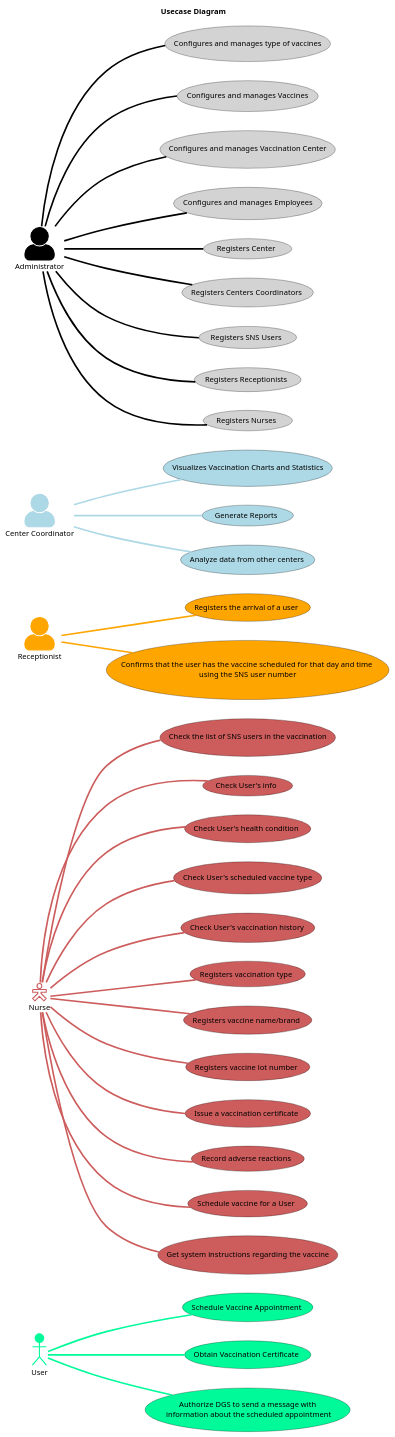
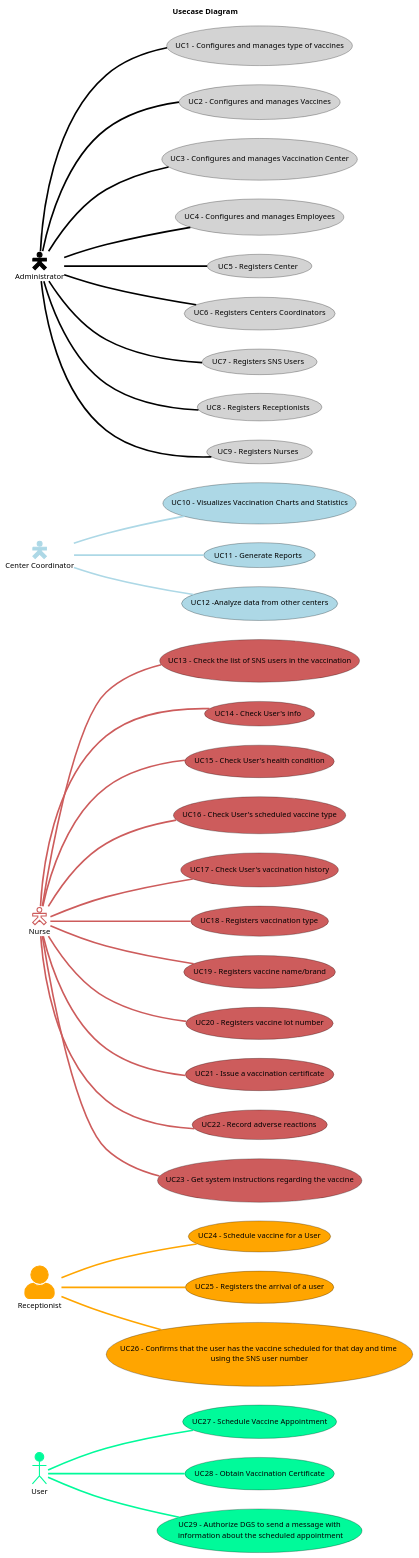
The diagram in docs/SprintA/UCD.puml (Pirussa/lei-22-s2-1da-g02), drawn with PlantUML before and after one commit. The commit also changed 1 other file, not shown here.

```diff
--- a/docs/SprintA/UCD.puml
+++ b/docs/SprintA/UCD.puml
@@ -1,106 +1,106 @@
 @startuml
 'https://plantuml.com/use-case-diagram
 '!pragma layout smetana
 
 left to right direction
 title Usecase Diagram
 skinparam titleBorderRoundCorner 20
 skinparam titleBorderThickness 2
 skinparam arrowThickness 3
 
 '**********User*************
-Usecase UC27 as "Schedule Vaccine Appointment" #mediumSpringGreen;line:black
-Usecase UC28 as "Obtain Vaccination Certificate" #mediumSpringGreen;line:black
-Usecase UC29 as "Authorize DGS to send a message with\n information about the scheduled appointment" #mediumSpringGreen;line:black
+Usecase UC27 as "UC27 - Schedule Vaccine Appointment" #mediumSpringGreen;line:black
+Usecase UC28 as "UC28 - Obtain Vaccination Certificate" #mediumSpringGreen;line:black
+Usecase UC29 as "UC29 - Authorize DGS to send a message with\n information about the scheduled appointment" #mediumSpringGreen;line:black
 
 :User: as U #mediumSpringGreen;line:mediumSpringGreen
 
 U -d- UC27 #mediumSpringGreen
 U -d- UC28 #mediumSpringGreen
 U -d- UC29 #mediumSpringGreen
 
 
+skinparam actorStyle awesome
+
+
+'**********Recepcionist*************
+Usecase UC24 as "UC24 - Schedule vaccine for a User" #orange;line:black
+Usecase UC25 as "UC25 - Registers the arrival of a user" #orange;line:black
+Usecase UC26 as "UC26 - Confirms that the user has the vaccine scheduled for that day and time \n using the SNS user number "  #orange;line:black
+
+:Receptionist: as R #orange;line:orange
+R -d- UC24 #orange;line:orange
+R -d- UC25  #orange;line:orange
+R -d- UC26  #orange;line:orange
 
 
 
 skinparam actorStyle Hollow
 '**********Nurse*************
-Usecase UC13 as "Check the list of SNS users in the vaccination"  #indianRed;line:black
-Usecase UC14 as "Check User's info" #indianRed;line:black
-Usecase UC15 as "Check User's health condition" #indianRed;line:black
-Usecase UC16 as "Check User's scheduled vaccine type" #indianRed;line:black
-Usecase UC17 as "Check User's vaccination history" #indianRed;line:black
-Usecase UC18 as "Registers vaccination type" #indianRed;line:black
-Usecase UC19 as "Registers vaccine name/brand" #indianRed;line:black
-Usecase UC20 as "Registers vaccine lot number" #indianRed;line:black
-Usecase UC21 as "Issue a vaccination certificate" #indianRed;line:black
-Usecase UC22 as "Record adverse reactions" #indianRed;line:black
-Usecase UC23 as "Schedule vaccine for a User" #indianRed;line:black
-Usecase UC24 as "Get system instructions regarding the vaccine" #indianRed;line:black
+Usecase UC13 as "UC13 - Check the list of SNS users in the vaccination"  #indianRed;line:black
+Usecase UC14 as "UC14 - Check User's info" #indianRed;line:black
+Usecase UC15 as "UC15 - Check User's health condition" #indianRed;line:black
+Usecase UC16 as "UC16 - Check User's scheduled vaccine type" #indianRed;line:black
+Usecase UC17 as "UC17 - Check User's vaccination history" #indianRed;line:black
+Usecase UC18 as "UC18 - Registers vaccination type" #indianRed;line:black
+Usecase UC19 as "UC19 - Registers vaccine name/brand" #indianRed;line:black
+Usecase UC20 as "UC20 - Registers vaccine lot number" #indianRed;line:black
+Usecase UC21 as "UC21 - Issue a vaccination certificate" #indianRed;line:black
+Usecase UC22 as "UC22 - Record adverse reactions" #indianRed;line:black
+Usecase UC23 as "UC23 - Get system instructions regarding the vaccine" #indianRed;line:black
 
 :Nurse: as N #white;line:indianRed
 N -d- UC13 #indianRed
 N -d- UC14 #indianRed
 N -d- UC15 #indianRed
 N -d- UC16 #indianRed
 N -d- UC17 #indianRed
 N -d- UC18 #indianRed
 N -d- UC19 #indianRed
 N -d- UC20 #indianRed
 N -d- UC21 #indianRed
 N -d- UC22 #indianRed
 N -d- UC23 #indianRed
-N -d- UC24 #indianRed
 
-skinparam actorStyle awesome
-
-
-'**********Recepcionist*************
-Usecase UC25 as "Registers the arrival of a user" #orange;line:black
-Usecase UC26 as "Confirms that the user has the vaccine scheduled for that day and time \n using the SNS user number "  #orange;line:black
-
-:Receptionist: as R #orange;line:orange
-R -d- UC25  #orange;line:orange
-R -d- UC26  #orange;line:orange
 
 
 '**********Center Coordinator*************
-Usecase UC10 as "Visualizes Vaccination Charts and Statistics" #lightblue;line:black
-Usecase UC11 as "Generate Reports" #lightblue;line:black
-Usecase UC12 as "Analyze data from other centers" #lightblue;line:black
+Usecase UC10 as "UC10 - Visualizes Vaccination Charts and Statistics" #lightblue;line:black
+Usecase UC11 as "UC11 - Generate Reports" #lightblue;line:black
+Usecase UC12 as "UC12 -Analyze data from other centers" #lightblue;line:black
 
 :Center Coordinator: as CC #lightblue;line:lightblue;
 CC -d- UC10 #lightblue;line:lightblue
 CC -d- UC11 #lightblue;line:lightblue
 CC -d- UC12 #lightblue;line:lightblue
 
 
 '**********ADMINISTRATOR*************
-Usecase UC1 as "Configures and manages type of vaccines"   #lightgrey;line:black
-Usecase UC2 as "Configures and manages Vaccines"  #lightgrey;line:black
-Usecase UC3 as "Configures and manages Vaccination Center"   #lightgrey;line:black
-Usecase UC4 as "Configures and manages Employees"  #lightgrey;line:black
-Usecase UC5 as "Registers Center" #lightgrey;line:black
-Usecase UC6 as "Registers Centers Coordinators" #lightgrey;line:black
-Usecase UC7 as "Registers SNS Users" #lightgrey;line:black
-Usecase UC8 as "Registers Receptionists" #lightgrey;line:black
-Usecase UC9 as "Registers Nurses" #lightgrey;line:black
+Usecase UC1 as "UC1 - Configures and manages type of vaccines"   #lightgrey;line:black
+Usecase UC2 as "UC2 - Configures and manages Vaccines"  #lightgrey;line:black
+Usecase UC3 as "UC3 - Configures and manages Vaccination Center"   #lightgrey;line:black
+Usecase UC4 as "UC4 - Configures and manages Employees"  #lightgrey;line:black
+Usecase UC5 as "UC5 - Registers Center" #lightgrey;line:black
+Usecase UC6 as "UC6 - Registers Centers Coordinators" #lightgrey;line:black
+Usecase UC7 as "UC7 - Registers SNS Users" #lightgrey;line:black
+Usecase UC8 as "UC8 - Registers Receptionists" #lightgrey;line:black
+Usecase UC9 as "UC9 - Registers Nurses" #lightgrey;line:black
 
 
 :Administrator: as A #black;line:black
 A -d- UC1 #black;line:black
 A -d- UC2 #black;line:black
 A -d- UC3 #black;line:black
 A -d- UC4 #black;line:black
 A -d- UC5 #black;line:black
 A -d- UC6 #black;line:black
 A -d- UC7 #black;line:black
 A -d- UC8 #black;line:black
 A -d- UC9 #black;line:black
 
 
 '**********User*************
 
 
 
 @enduml
```
